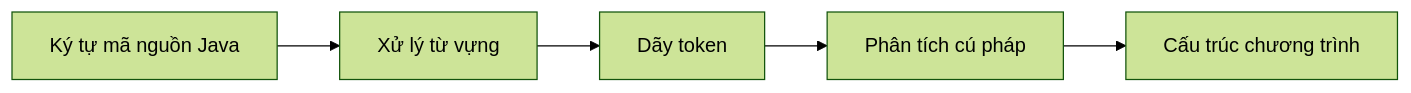
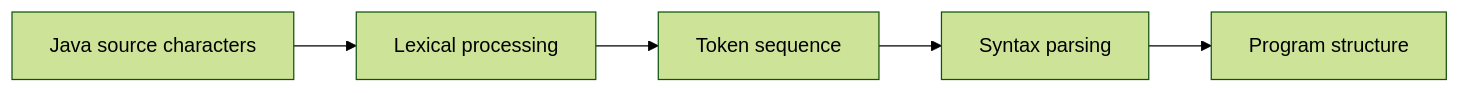
The diagram in module/platform/development/programming/language/java/core/language-basics/content/knowledge/en/4.java-vocabulary/java-vocabulary-001.md (phuongnguyenit93/learning-platform-data), drawn with Mermaid (forest theme) before and after one commit. The commit also changed other lines of this file and 2307 other files, not shown here.

```diff
--- a/module/platform/development/programming/language/java/core/language-basics/content/knowledge/en/4.java-vocabulary/java-vocabulary-001.md
+++ b/module/platform/development/programming/language/java/core/language-basics/content/knowledge/en/4.java-vocabulary/java-vocabulary-001.md
@@ -31,7 +31,7 @@
 ~~~mermaid
 flowchart LR
-    A["Ký tự mã nguồn Java"] --> B["Xử lý từ vựng"]
-    B --> C["Dãy token"]
-    C --> D["Phân tích cú pháp"]
-    D --> E["Cấu trúc chương trình"]
+    A["Java source characters"] --> B["Lexical processing"]
+    B --> C["Token sequence"]
+    C --> D["Syntax parsing"]
+    D --> E["Program structure"]
 ~~~
```
